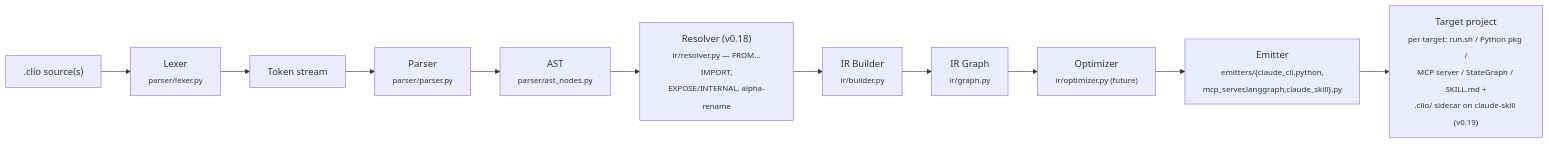
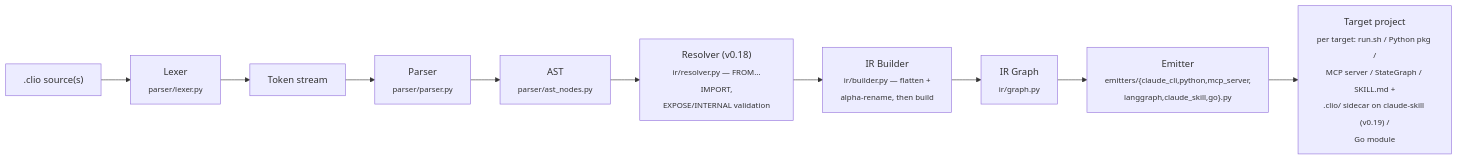
Before and after one commit to Sandjab/clio: the diagram in docs/ARCHITECTURE.md, drawn with Mermaid. The commit also changed other lines of this file and 4 other files, not shown here.

````diff
--- a/docs/ARCHITECTURE.md
+++ b/docs/ARCHITECTURE.md
@@ -5,13 +5,12 @@
 ```mermaid
 flowchart LR
     src[".clio source(s)"] --> lex["Lexer<br/><sub>parser/lexer.py</sub>"]
     lex --> tok["Token stream"]
     tok --> psr["Parser<br/><sub>parser/parser.py</sub>"]
     psr --> ast["AST<br/><sub>parser/ast_nodes.py</sub>"]
-    ast --> rsv["Resolver (v0.18)<br/><sub>ir/resolver.py — FROM…IMPORT,<br/>EXPOSE/INTERNAL, alpha-rename</sub>"]
-    rsv --> bld["IR Builder<br/><sub>ir/builder.py</sub>"]
+    ast --> rsv["Resolver (v0.18)<br/><sub>ir/resolver.py — FROM…IMPORT,<br/>EXPOSE/INTERNAL validation</sub>"]
+    rsv --> bld["IR Builder<br/><sub>ir/builder.py — flatten +<br/>alpha-rename, then build</sub>"]
     bld --> ir["IR Graph<br/><sub>ir/graph.py</sub>"]
-    ir --> opt["Optimizer<br/><sub>ir/optimizer.py (future)</sub>"]
-    opt --> emt["Emitter<br/><sub>emitters/{claude_cli,python,<br/>mcp_server,langgraph,claude_skill}.py</sub>"]
-    emt --> out["Target project<br/><sub>per target: run.sh / Python pkg /<br/>MCP server / StateGraph / SKILL.md +<br/>.clio/ sidecar on claude-skill (v0.19)</sub>"]
+    ir --> emt["Emitter<br/><sub>emitters/{claude_cli,python,mcp_server,<br/>langgraph,claude_skill,go}.py</sub>"]
+    emt --> out["Target project<br/><sub>per target: run.sh / Python pkg /<br/>MCP server / StateGraph / SKILL.md +<br/>.clio/ sidecar on claude-skill (v0.19) /<br/>Go module</sub>"]
 ```
````
